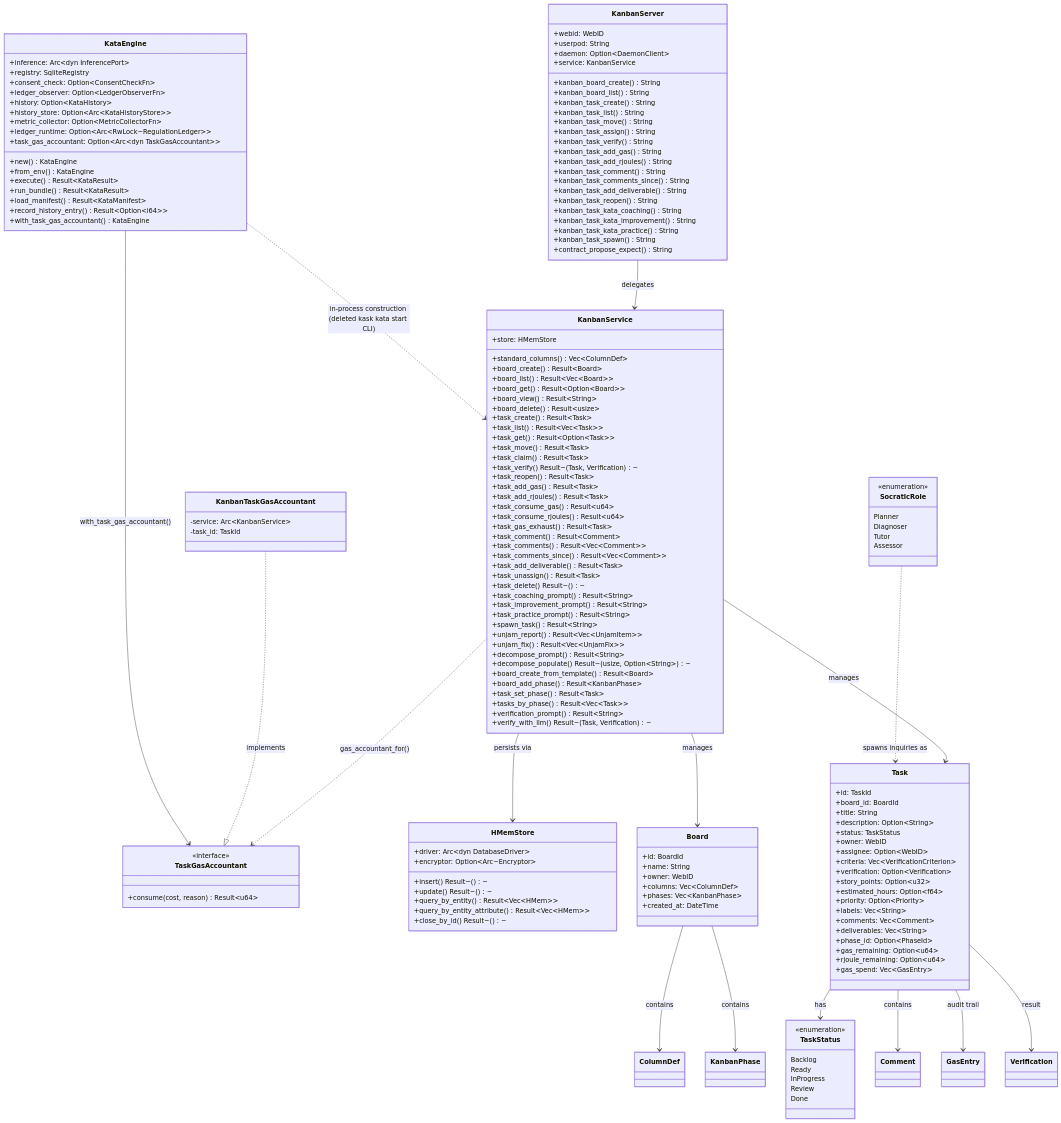
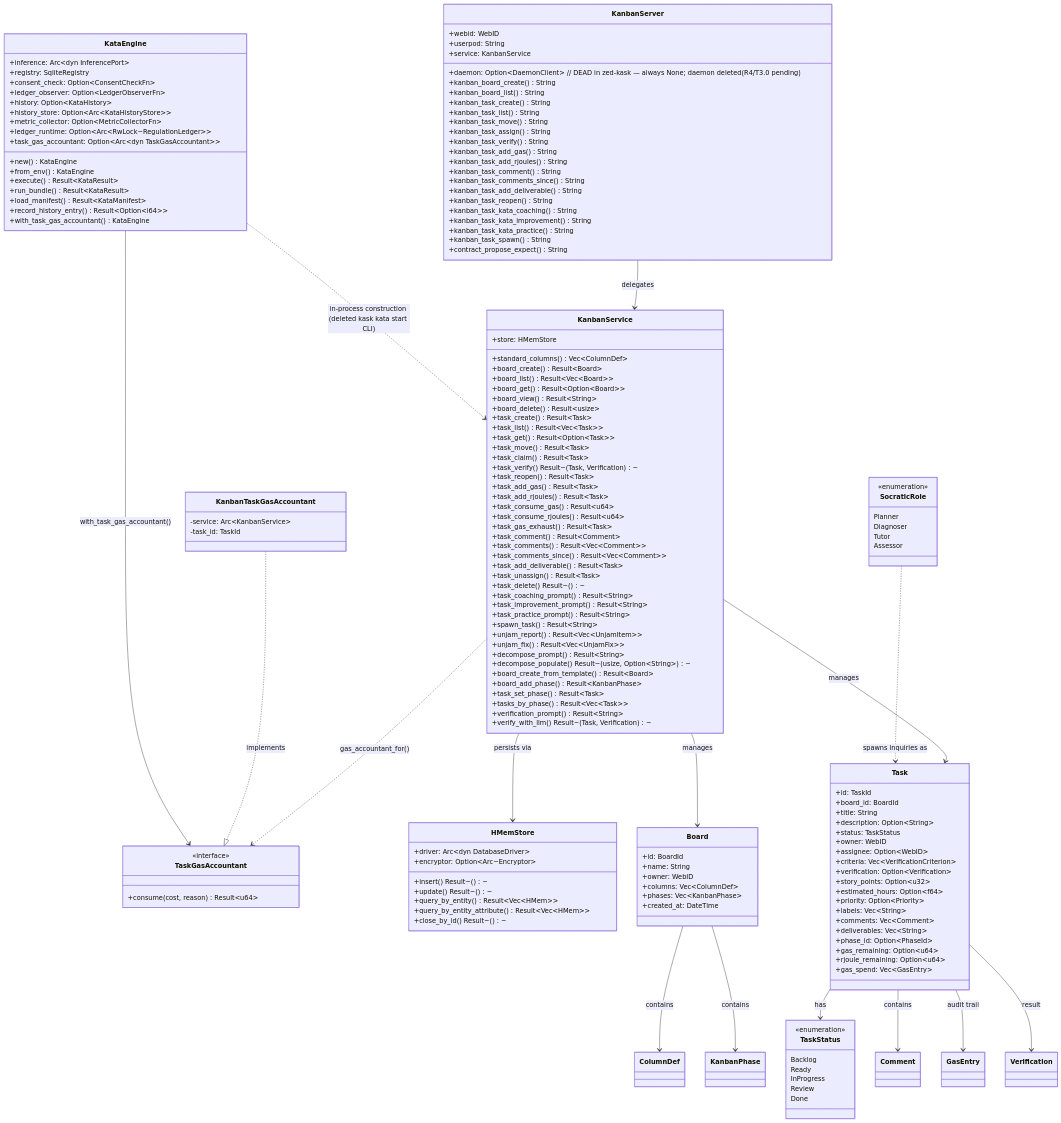
Before and after one commit to mdz-axo/zed-kask: the diagram in kask/docs/reference/mcp-servers/README.md, drawn with Mermaid. The commit also changed other lines of this file and 52 other files, not shown here.

```diff
--- a/kask/docs/reference/mcp-servers/README.md
+++ b/kask/docs/reference/mcp-servers/README.md
@@ -91,7 +91,7 @@
     class KanbanServer {
         +webid: WebID
         +userpod: String
-        +daemon: Option~DaemonClient~
+        +daemon: Option~DaemonClient~  // DEAD in zed-kask — always None; daemon deleted (R4/T3.0 pending)
         +service: KanbanService
         +kanban_board_create() String
         +kanban_board_list() String
```
